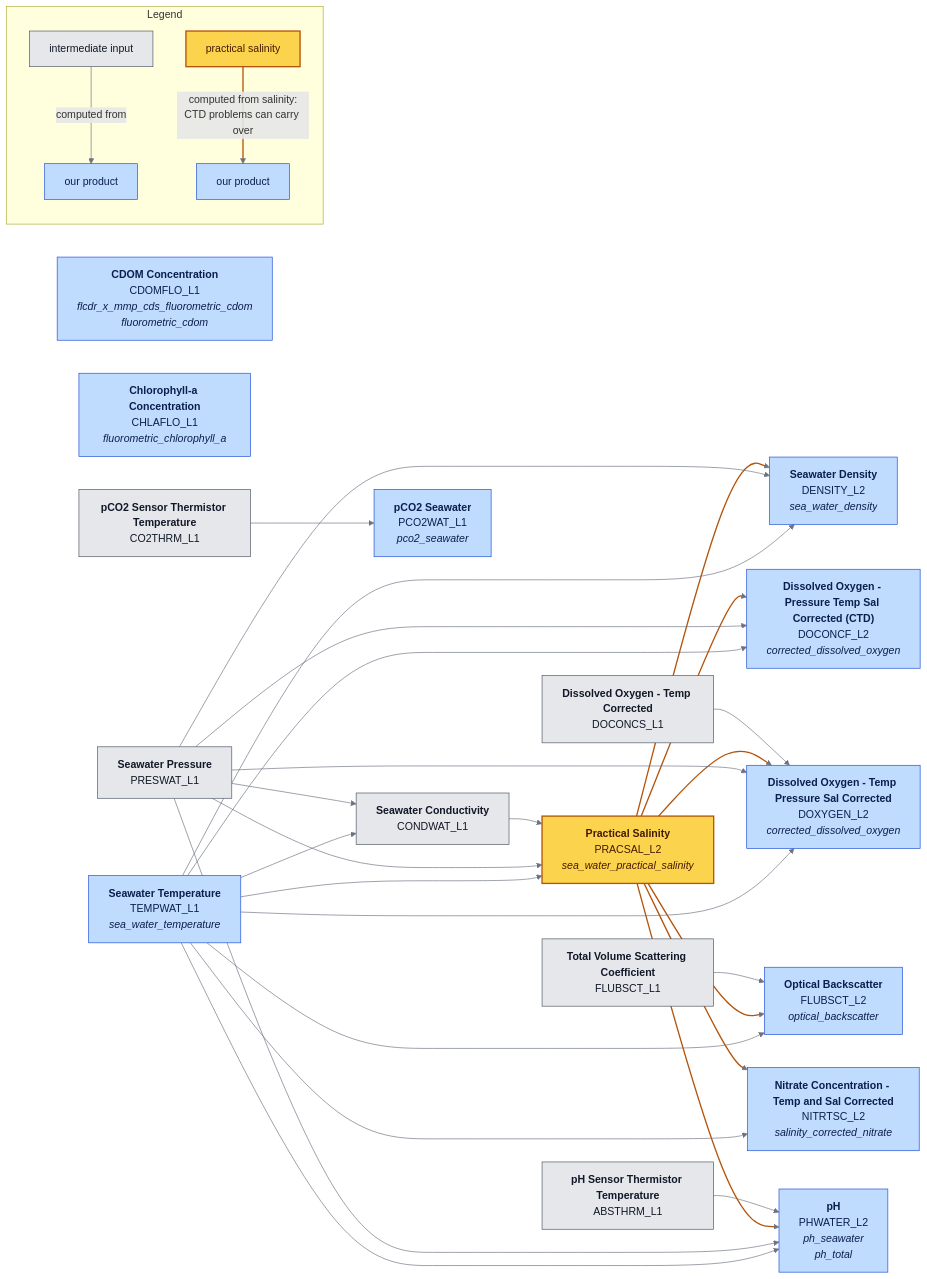
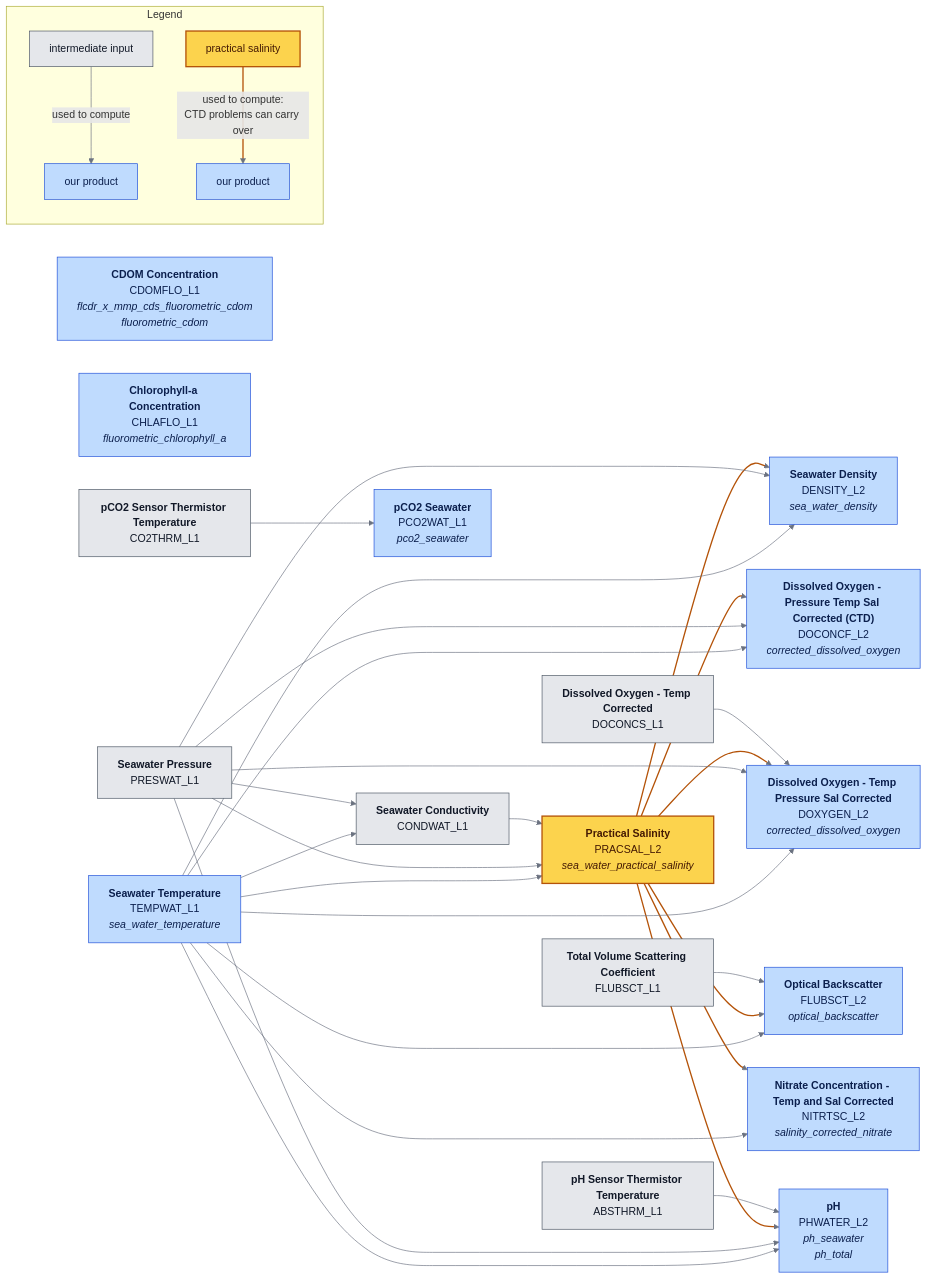
Before and after one commit to ooi-data/rca-cicoes-cresst: the diagram in docs/parameter_dependencies.md, drawn with Mermaid. The commit also changed other lines of this file and 1 other file, not shown here.

Commit message:
legend tweaks

````diff
--- a/docs/parameter_dependencies.md
+++ b/docs/parameter_dependencies.md
@@ -13,57 +13,57 @@
 ```mermaid
 flowchart LR
     ABSTHRM_L1["<b>pH Sensor Thermistor Temperature</b><br/>ABSTHRM_L1"]
     CDOMFLO_L1["<b>CDOM Concentration</b><br/>CDOMFLO_L1<br/><i>flcdr_x_mmp_cds_fluorometric_cdom</i><br/><i>fluorometric_cdom</i>"]
     CHLAFLO_L1["<b>Chlorophyll-a Concentration</b><br/>CHLAFLO_L1<br/><i>fluorometric_chlorophyll_a</i>"]
     CO2THRM_L1["<b>pCO2 Sensor Thermistor Temperature</b><br/>CO2THRM_L1"]
     CONDWAT_L1["<b>Seawater Conductivity</b><br/>CONDWAT_L1"]
     DENSITY_L2["<b>Seawater Density</b><br/>DENSITY_L2<br/><i>sea_water_density</i>"]
     DOCONCF_L2["<b>Dissolved Oxygen - Pressure Temp Sal Corrected (CTD)</b><br/>DOCONCF_L2<br/><i>corrected_dissolved_oxygen</i>"]
     DOCONCS_L1["<b>Dissolved Oxygen - Temp Corrected</b><br/>DOCONCS_L1"]
     DOXYGEN_L2["<b>Dissolved Oxygen - Temp Pressure Sal Corrected</b><br/>DOXYGEN_L2<br/><i>corrected_dissolved_oxygen</i>"]
     FLUBSCT_L1["<b>Total Volume Scattering Coefficient</b><br/>FLUBSCT_L1"]
     FLUBSCT_L2["<b>Optical Backscatter</b><br/>FLUBSCT_L2<br/><i>optical_backscatter</i>"]
     NITRTSC_L2["<b>Nitrate Concentration - Temp and Sal Corrected</b><br/>NITRTSC_L2<br/><i>salinity_corrected_nitrate</i>"]
     PCO2WAT_L1["<b>pCO2 Seawater</b><br/>PCO2WAT_L1<br/><i>pco2_seawater</i>"]
     PHWATER_L2["<b>pH</b><br/>PHWATER_L2<br/><i>ph_seawater</i><br/><i>ph_total</i>"]
     PRACSAL_L2["<b>Practical Salinity</b><br/>PRACSAL_L2<br/><i>sea_water_practical_salinity</i>"]
     PRESWAT_L1["<b>Seawater Pressure</b><br/>PRESWAT_L1"]
     TEMPWAT_L1["<b>Seawater Temperature</b><br/>TEMPWAT_L1<br/><i>sea_water_temperature</i>"]
     ABSTHRM_L1 --> PHWATER_L2
     CO2THRM_L1 --> PCO2WAT_L1
     CONDWAT_L1 --> PRACSAL_L2
     DOCONCS_L1 --> DOXYGEN_L2
     FLUBSCT_L1 --> FLUBSCT_L2
     PRACSAL_L2 --> DENSITY_L2
     PRACSAL_L2 --> DOCONCF_L2
     PRACSAL_L2 --> DOXYGEN_L2
     PRACSAL_L2 --> FLUBSCT_L2
     PRACSAL_L2 --> NITRTSC_L2
     PRACSAL_L2 --> PHWATER_L2
     PRESWAT_L1 --> CONDWAT_L1
     PRESWAT_L1 --> DENSITY_L2
     PRESWAT_L1 --> DOCONCF_L2
     PRESWAT_L1 --> DOXYGEN_L2
     PRESWAT_L1 --> PHWATER_L2
     PRESWAT_L1 --> PRACSAL_L2
     TEMPWAT_L1 --> CONDWAT_L1
     TEMPWAT_L1 --> DENSITY_L2
     TEMPWAT_L1 --> DOCONCF_L2
     TEMPWAT_L1 --> DOXYGEN_L2
     TEMPWAT_L1 --> FLUBSCT_L2
     TEMPWAT_L1 --> NITRTSC_L2
     TEMPWAT_L1 --> PHWATER_L2
     TEMPWAT_L1 --> PRACSAL_L2
     subgraph Legend
-        lg_in[intermediate input] -->|computed from| lg_prod[our product]
-        lg_sal[practical salinity] -->|computed from salinity:<br/>CTD problems can carry over| lg_prod2[our product]
+        lg_in[intermediate input] -->|used to compute| lg_prod[our product]
+        lg_sal[practical salinity] -->|used to compute:<br/>CTD problems can carry over| lg_prod2[our product]
     end
     classDef default fill:#e5e7eb,stroke:#4b5563,color:#111827
     classDef product fill:#bfdbfe,stroke:#1d4ed8,color:#0b1f4d
     classDef salinity fill:#fcd34d,stroke:#b45309,stroke-width:2px,color:#451a03
     class CDOMFLO_L1,CHLAFLO_L1,DENSITY_L2,DOCONCF_L2,DOXYGEN_L2,FLUBSCT_L2,NITRTSC_L2,PCO2WAT_L1,PHWATER_L2,TEMPWAT_L1 product
     class PRACSAL_L2,lg_sal salinity
     class lg_prod,lg_prod2 product
     linkStyle default stroke:#6b7280
     linkStyle 5,6,7,8,9,10,26 stroke:#b45309,stroke-width:2px
 ```
````
